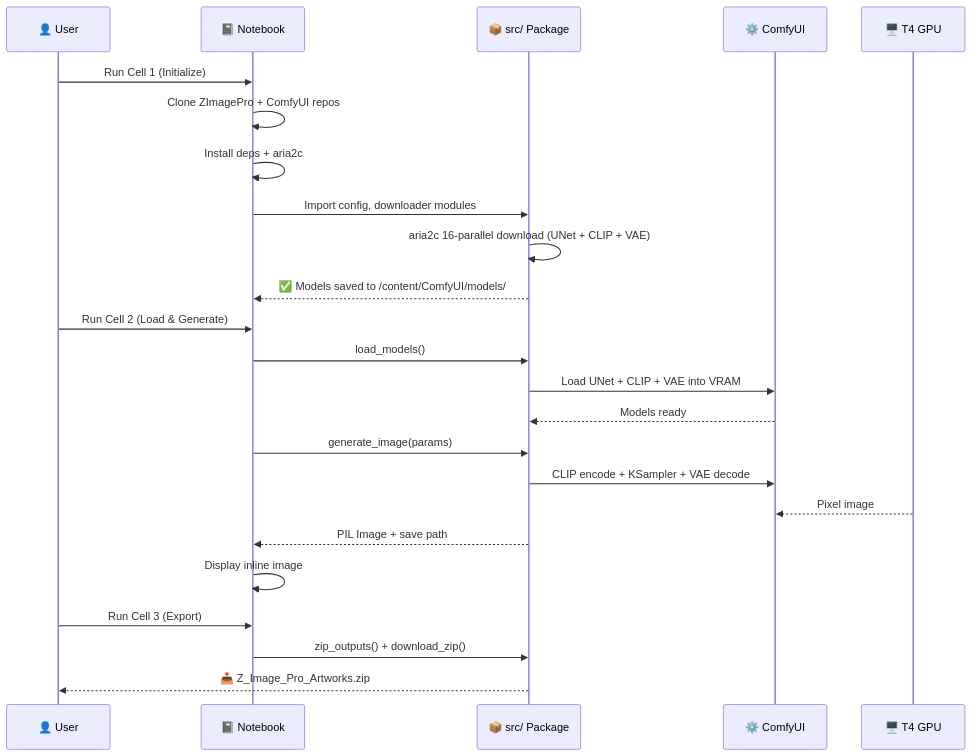
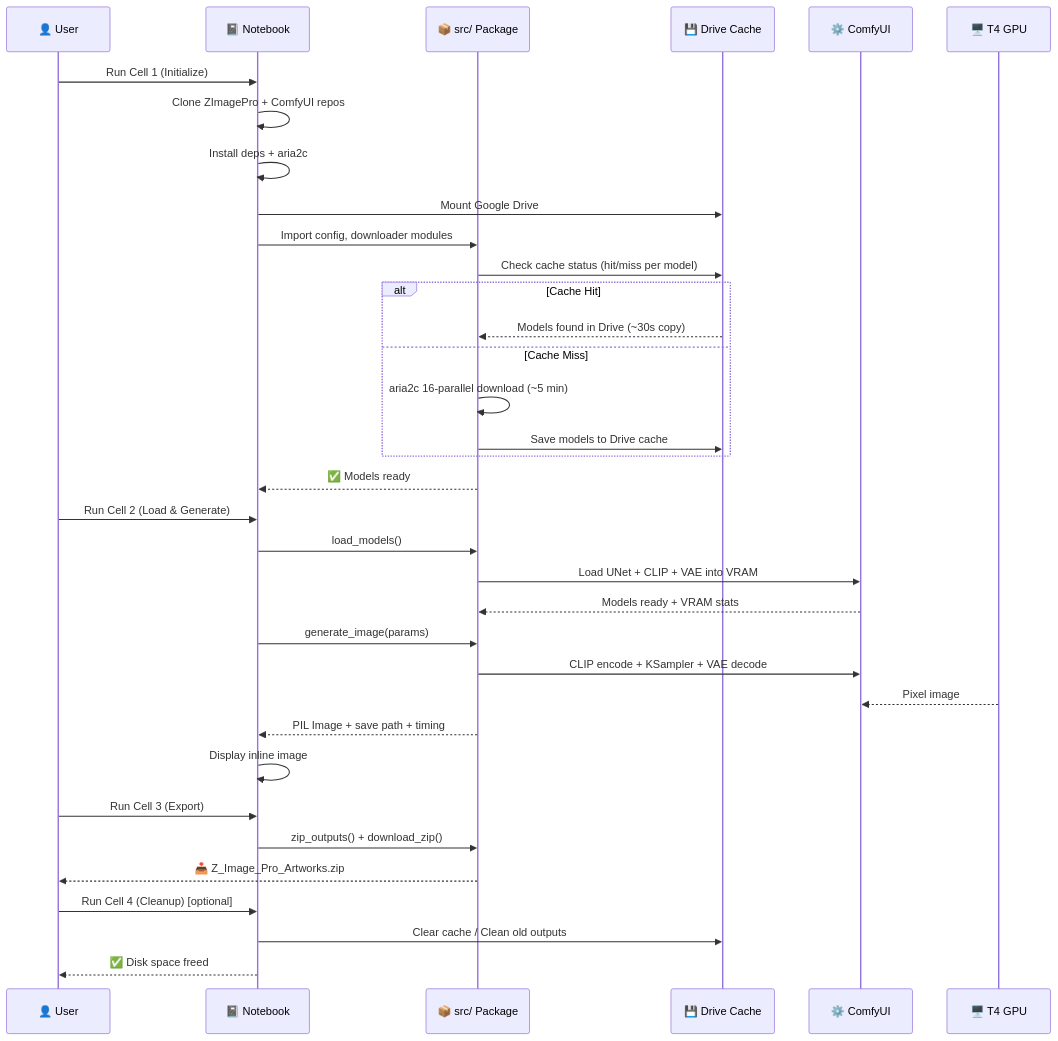
One commit to Shineii86/ZImagePro changed the third of 3 diagrams in README.md. Above: the diagram before and after it, drawn with Mermaid. The commit also changed other lines of this file and 8 other files, not shown here.

````diff
--- a/README.md
+++ b/README.md
@@ -358,29 +372,41 @@
 ```mermaid
 sequenceDiagram
     participant U as 👤 User
     participant NB as 📓 Notebook
     participant SRC as 📦 src/ Package
+    participant DRV as 💾 Drive Cache
     participant CUI as ⚙️ ComfyUI
     participant GPU as 🖥️ T4 GPU
 
     U->>NB: Run Cell 1 (Initialize)
     NB->>NB: Clone ZImagePro + ComfyUI repos
     NB->>NB: Install deps + aria2c
+    NB->>DRV: Mount Google Drive
     NB->>SRC: Import config, downloader modules
-    SRC->>SRC: aria2c 16-parallel download (UNet + CLIP + VAE)
-    SRC-->>NB: ✅ Models saved to /content/ComfyUI/models/
+    SRC->>DRV: Check cache status (hit/miss per model)
+    alt Cache Hit
+        DRV-->>SRC: Models found in Drive (~30s copy)
+    else Cache Miss
+        SRC->>SRC: aria2c 16-parallel download (~5 min)
+        SRC->>DRV: Save models to Drive cache
+    end
+    SRC-->>NB: ✅ Models ready
 
     U->>NB: Run Cell 2 (Load & Generate)
     NB->>SRC: load_models()
     SRC->>CUI: Load UNet + CLIP + VAE into VRAM
-    CUI-->>SRC: Models ready
+    CUI-->>SRC: Models ready + VRAM stats
     NB->>SRC: generate_image(params)
     SRC->>CUI: CLIP encode + KSampler + VAE decode
     GPU-->>CUI: Pixel image
-    SRC-->>NB: PIL Image + save path
+    SRC-->>NB: PIL Image + save path + timing
     NB->>NB: Display inline image
 
     U->>NB: Run Cell 3 (Export)
     NB->>SRC: zip_outputs() + download_zip()
     SRC-->>U: 📥 Z_Image_Pro_Artworks.zip
+
+    U->>NB: Run Cell 4 (Cleanup) [optional]
+    NB->>DRV: Clear cache / Clean old outputs
+    NB-->>U: ✅ Disk space freed
 ```
````
